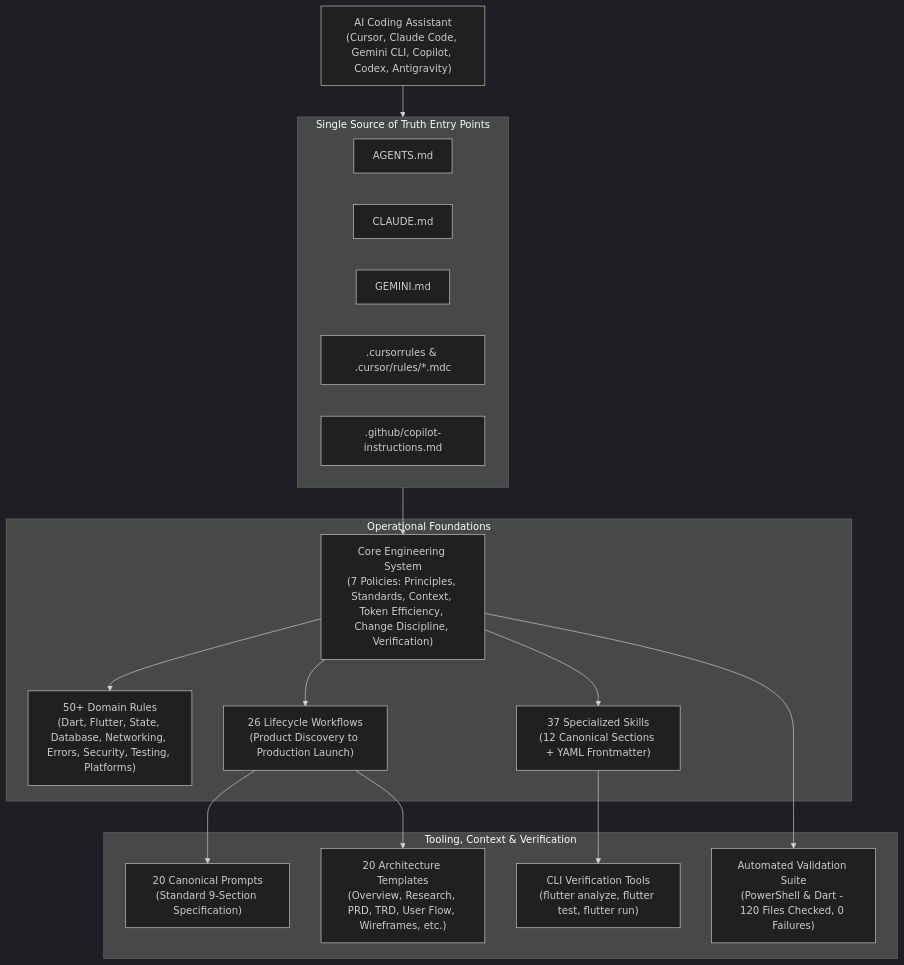
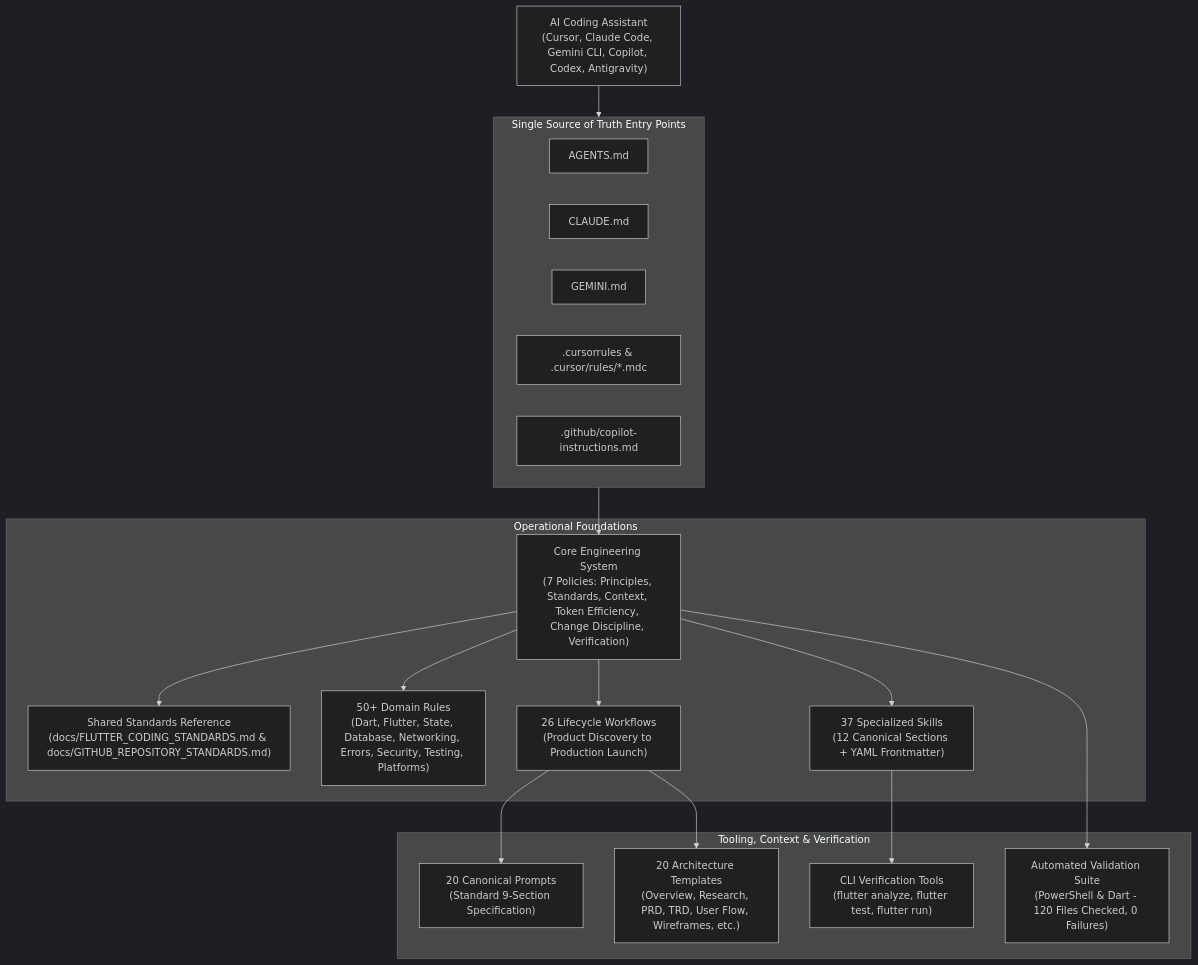
One commit to valaprashant97/flutter-agent-kit changed the second of 2 diagrams in README.md. Above: the diagram before and after it, drawn with Mermaid (dark theme). The commit also changed other lines of this file, not shown here.

Commit message:
docs(readme): upgrade README.md to production quality with comprehensive architecture, features, and usage guide

````diff
--- a/README.md
+++ b/README.md
@@ -45,28 +170,29 @@
 ```mermaid
 graph TD
     Agent["AI Coding Assistant<br>(Cursor, Claude Code, Gemini CLI, Copilot, Codex, Antigravity)"]
     
     subgraph Entry ["Single Source of Truth Entry Points"]
         AGENTS["AGENTS.md"]
         CLAUDE["CLAUDE.md"]
         GEMINI["GEMINI.md"]
         CURSOR[".cursorrules & .cursor/rules/*.mdc"]
         COPILOT[".github/copilot-instructions.md"]
     end
     
     Agent --> Entry
     Entry --> Core["Core Engineering System<br>(7 Policies: Principles, Standards, Context, Token Efficiency, Change Discipline, Verification)"]
     
     subgraph Foundations ["Operational Foundations"]
+        Core --> Standards["Shared Standards Reference<br>(docs/FLUTTER_CODING_STANDARDS.md & docs/GITHUB_REPOSITORY_STANDARDS.md)"]
         Core --> Rules["50+ Domain Rules<br>(Dart, Flutter, State, Database, Networking, Errors, Security, Testing, Platforms)"]
         Core --> Skills["37 Specialized Skills<br>(12 Canonical Sections + YAML Frontmatter)"]
         Core --> Workflows["26 Lifecycle Workflows<br>(Product Discovery to Production Launch)"]
     end
     
     subgraph Execution ["Tooling, Context & Verification"]
         Workflows --> Prompts["20 Canonical Prompts<br>(Standard 9-Section Specification)"]
         Workflows --> Templates["20 Architecture Templates<br>(Overview, Research, PRD, TRD, User Flow, Wireframes, etc.)"]
         Skills --> CLI["CLI Verification Tools<br>(flutter analyze, flutter test, flutter run)"]
         Core --> Validation["Automated Validation Suite<br>(PowerShell & Dart - 120 Files Checked, 0 Failures)"]
     end
 ```
````
